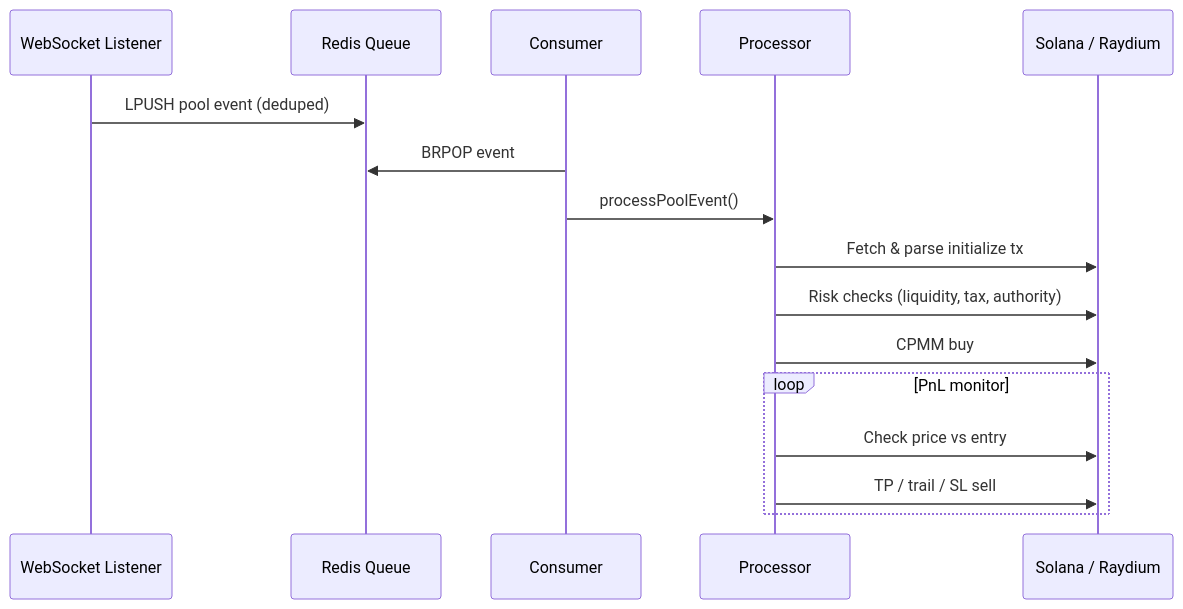
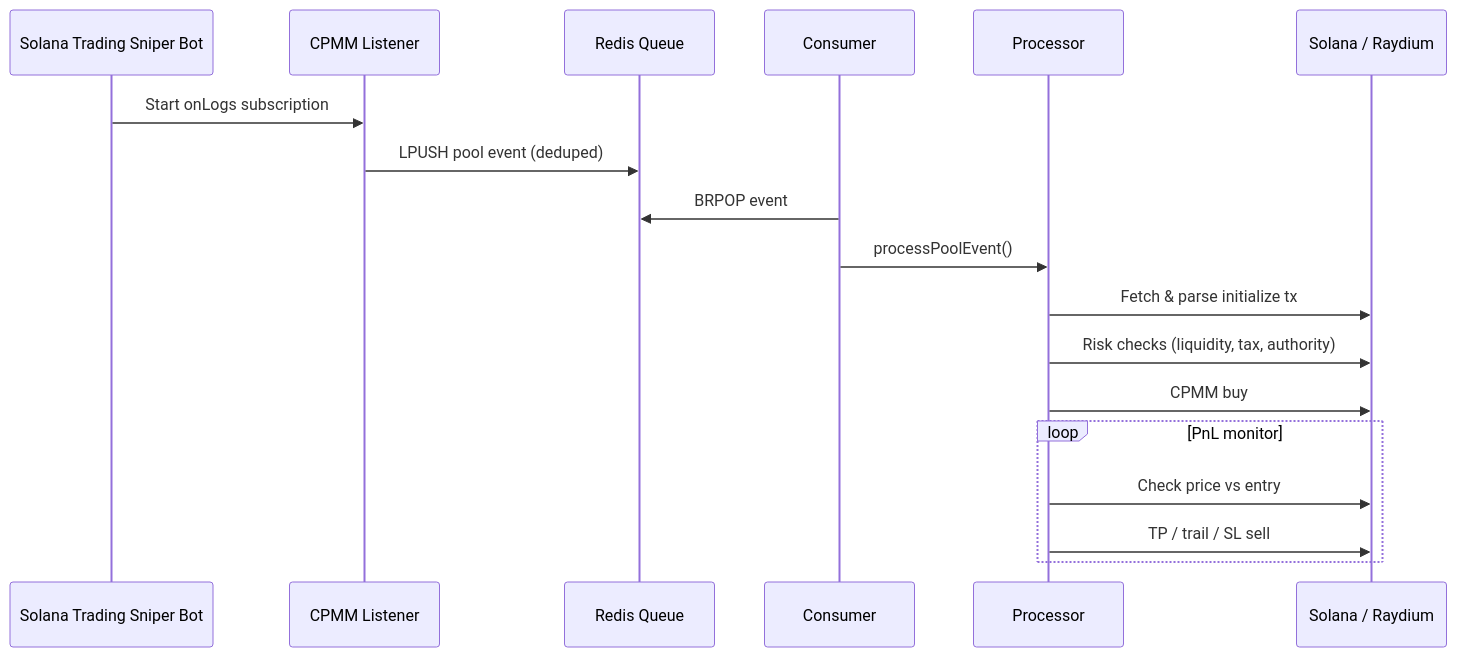
One commit to signaltechorg/solana-trading-sniper-bot changed the diagram in README.md. Above: the diagram before and after it, drawn with Mermaid. The commit also changed other lines of this file, not shown here.

Commit message:
docs: align README with Solana Trading Sniper Bot project branding

````diff
--- a/README.md
+++ b/README.md
@@ -130,19 +167,21 @@
 ```mermaid
 sequenceDiagram
-    participant WS as WebSocket Listener
+    participant Bot as Solana Trading Sniper Bot
+    participant WS as CPMM Listener
     participant R as Redis Queue
     participant C as Consumer
     participant P as Processor
     participant SOL as Solana / Raydium
 
+    Bot->>WS: Start onLogs subscription
     WS->>R: LPUSH pool event (deduped)
     C->>R: BRPOP event
     C->>P: processPoolEvent()
     P->>SOL: Fetch & parse initialize tx
     P->>SOL: Risk checks (liquidity, tax, authority)
     P->>SOL: CPMM buy
     loop PnL monitor
         P->>SOL: Check price vs entry
         P->>SOL: TP / trail / SL sell
     end
 ```
````
